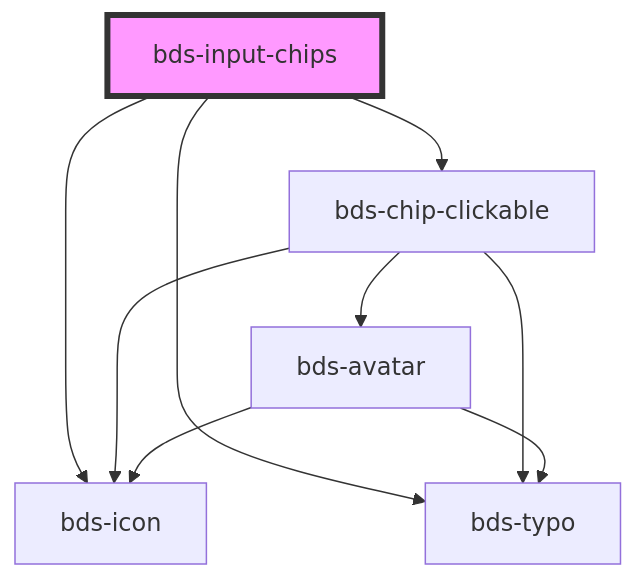
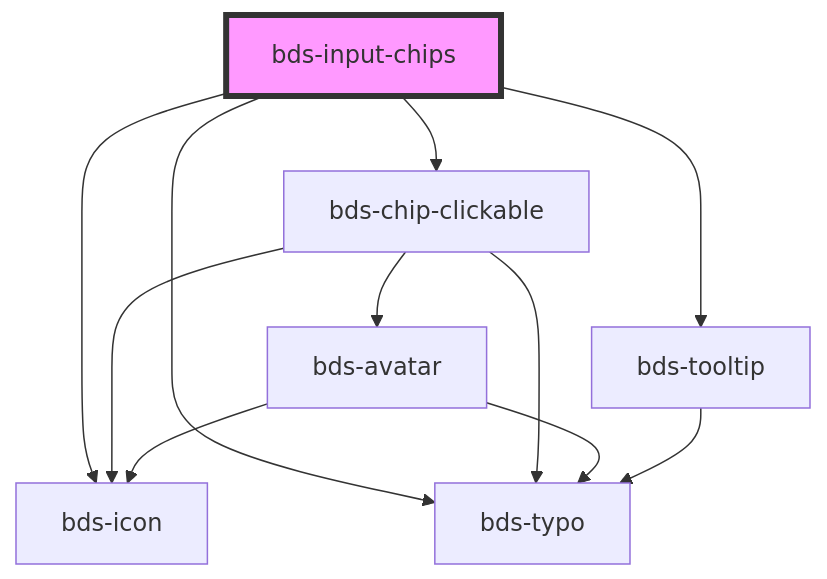
Before and after one commit to takenet/blip-ds: the diagram in src/components/input-chips/readme.md, drawn with Mermaid. The commit also changed other lines of this file and 7 other files, not shown here.

Commit message:
fix(chips): limit texto chip im input-chips and select chips

````diff
--- a/src/components/input-chips/readme.md
+++ b/src/components/input-chips/readme.md
@@ -122,12 +123,14 @@
 ```mermaid
 graph TD;
   bds-input-chips --> bds-chip-clickable
+  bds-input-chips --> bds-tooltip
   bds-input-chips --> bds-icon
   bds-input-chips --> bds-typo
   bds-chip-clickable --> bds-icon
   bds-chip-clickable --> bds-avatar
   bds-chip-clickable --> bds-typo
   bds-avatar --> bds-typo
   bds-avatar --> bds-icon
+  bds-tooltip --> bds-typo
   style bds-input-chips fill:#f9f,stroke:#333,stroke-width:4px
 ```
````
